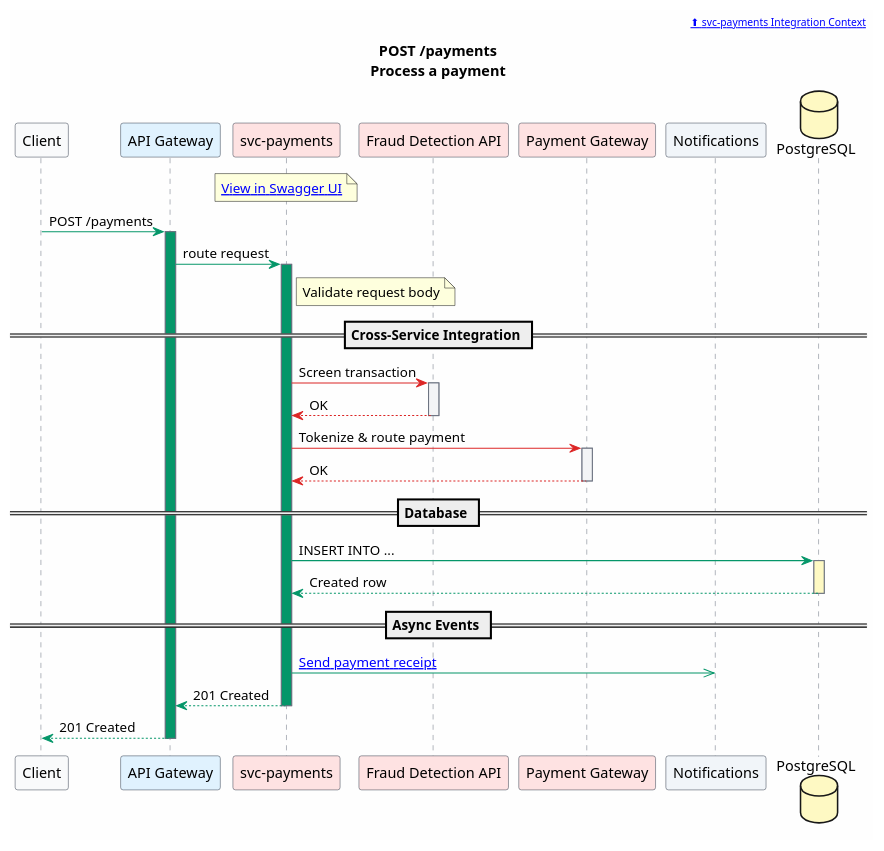
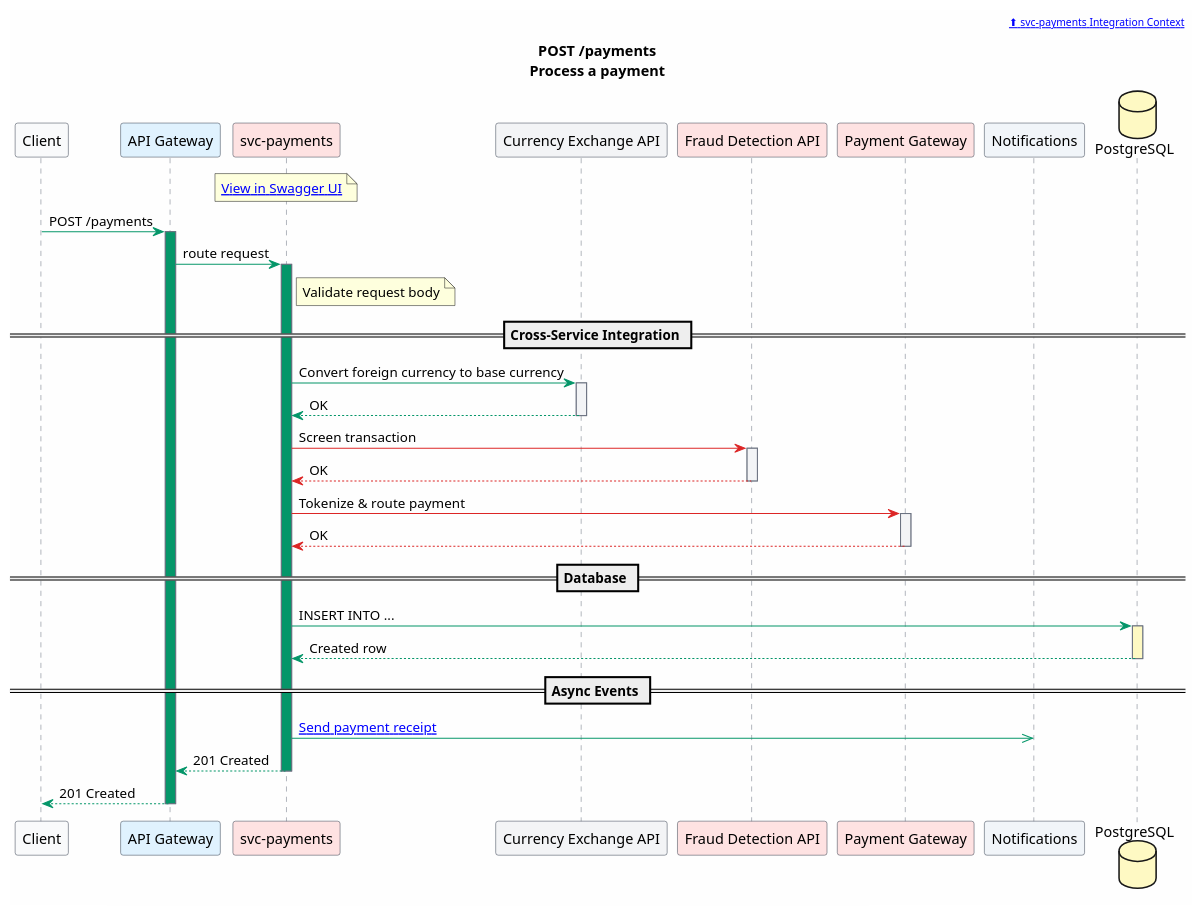
The diagram in portal/docs/microservices/puml/svc-payments--post-payments.puml (christopherblaisdell/continuous-architecture-platform-poc), drawn with PlantUML before and after one commit. The commit also changed 31 other files, not shown here.

```diff
--- a/portal/docs/microservices/puml/svc-payments--post-payments.puml
+++ b/portal/docs/microservices/puml/svc-payments--post-payments.puml
@@ -1,68 +1,74 @@
 @startuml svc-payments--post-payments
 
 skinparam backgroundColor #FEFEFE
 skinparam shadowing false
 skinparam defaultFontName "Segoe UI"
 skinparam sequence {
     ArrowColor #059669
     ParticipantBorderColor #374151
     ParticipantBackgroundColor #F9FAFB
     LifeLineBorderColor #6B7280
     BoxBorderColor #94A3B8
     BoxBackgroundColor #F8FAFC
     NoteBorderColor #64748B
     NoteBackgroundColor #F8FAFC
 }
 
 header [[/microservices/svc-payments/#integration-context ⬆ svc-payments Integration Context]]
 
 title POST /payments\nProcess a payment
 
 participant "Client" as Client [[/applications/]]
 participant "API Gateway" as GW [[/actors/#api-gateway]] #E0F2FE
 participant "svc-payments" as Svc [[/microservices/svc-payments/]] #FEE2E2
+participant "Currency Exchange API" as FX [[/actors/#currency-exchange-api]] #F3F4F6
 participant "Fraud Detection API" as FD [[/actors/#fraud-detection-api]] #FEE2E2
 participant "Payment Gateway" as PGW [[/actors/#payment-gateway]] #FEE2E2
 participant "Notifications" as Ntfy [[/microservices/svc-notifications/]] #F1F5F9
 database "PostgreSQL" as DB [[/microservices/svc-payments/#data-store]] #FEF9C3
 
 note over Svc
   [[/services/api/svc-payments.html#/Payments/processPayment View in Swagger UI]]
 end note
 
 Client -> GW : POST /payments
 activate GW #059669
 GW -> Svc : route request
 activate Svc #059669
 
 note right of Svc : Validate request body
 
 == Cross-Service Integration ==
+
+Svc -> FX : Convert foreign currency to base currency
+activate FX #F3F4F6
+FX --> Svc : OK
+deactivate FX
 
 Svc -[#DC2626]> FD : Screen transaction
 activate FD #F3F4F6
 FD --[#DC2626]> Svc : OK
 deactivate FD
 
 Svc -[#DC2626]> PGW : Tokenize & route payment
 activate PGW #F3F4F6
 PGW --[#DC2626]> Svc : OK
 deactivate PGW
 
 == Database ==
 
 Svc -> DB : INSERT INTO ...
 activate DB #FEF9C3
 DB --> Svc : Created row
 deactivate DB
 
 == Async Events ==
 
 Svc ->> Ntfy : [[/microservices/svc-notifications/#post-notifications-send-a-notification Send payment receipt]]
 
 Svc --> GW : 201 Created
 deactivate Svc
 GW --> Client : 201 Created
 deactivate GW
 
 @enduml
```
